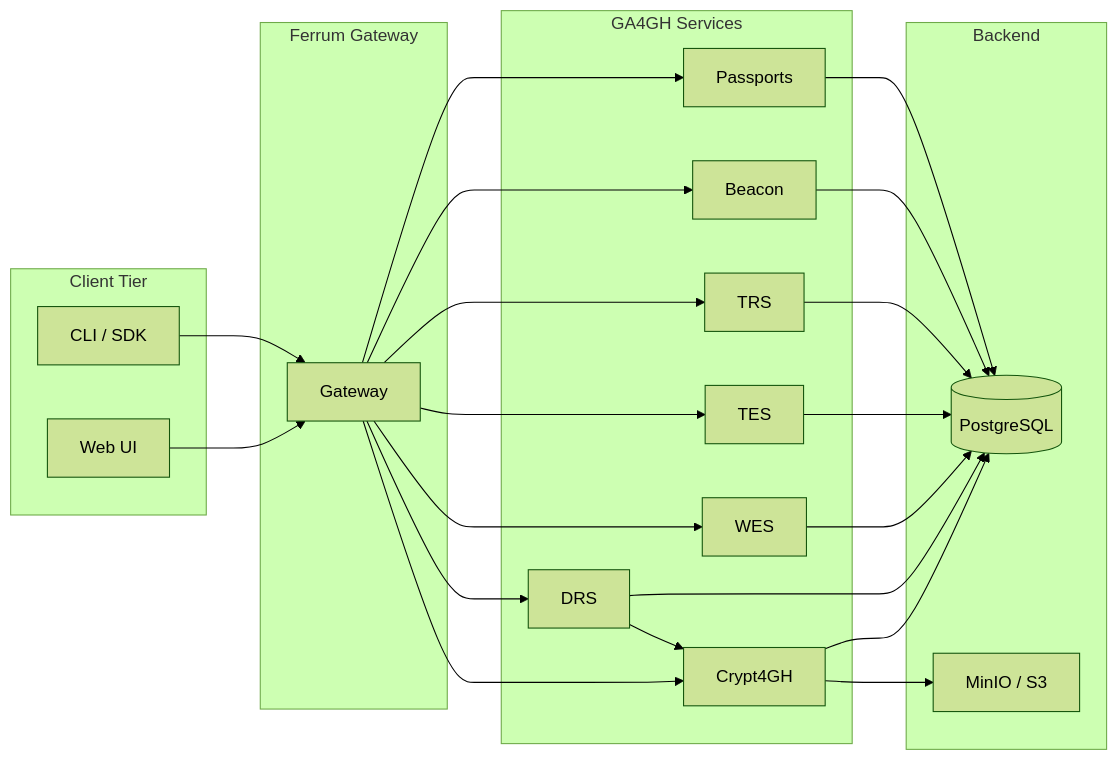
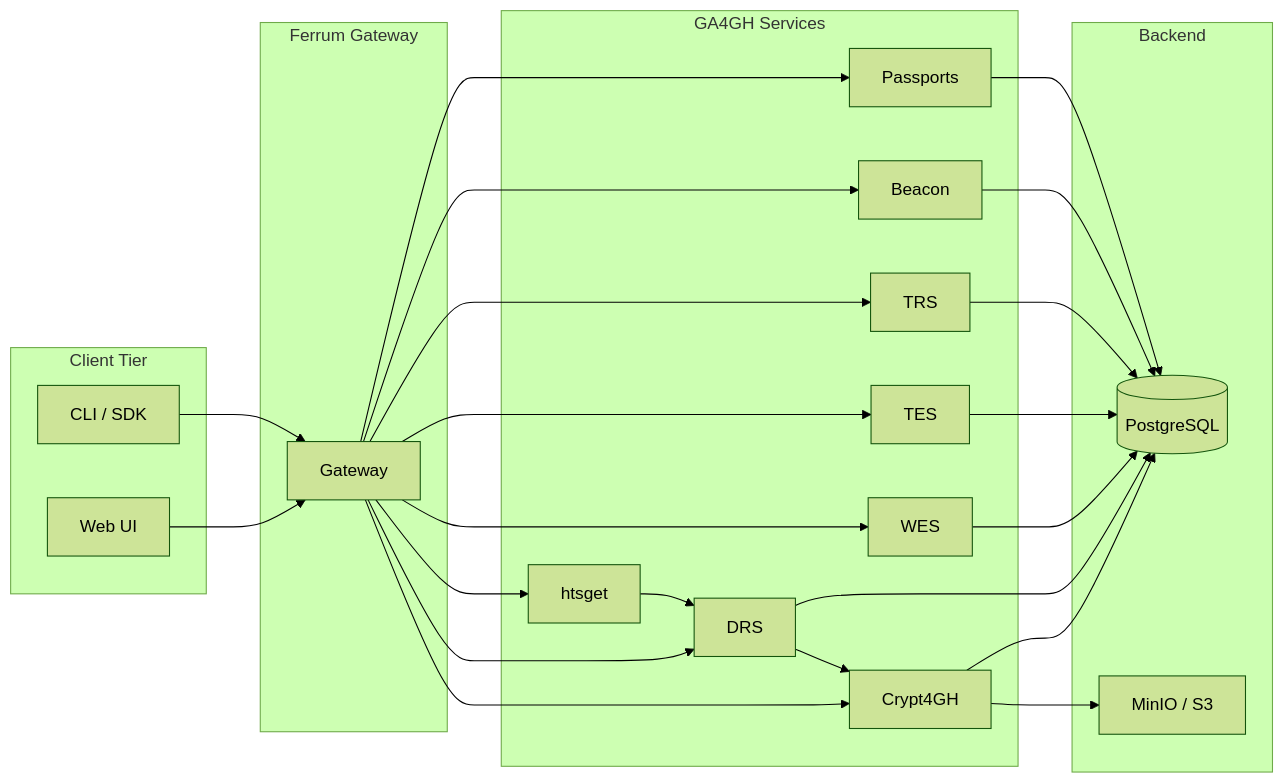
Before and after one commit to SynapticFour/Ferrum: the first of 2 diagrams in README.md, drawn with Mermaid (forest theme). The commit also changed 4 other files, not shown here.

````diff
--- a/README.md
+++ b/README.md
@@ -51,45 +51,48 @@
 ```mermaid
 flowchart LR
   subgraph Client["Client Tier"]
     UI[Web UI]
     CLI[CLI / SDK]
   end
 
   subgraph Gateway["Ferrum Gateway"]
     G[Gateway]
   end
 
   subgraph Services["GA4GH Services"]
     DRS[DRS]
     WES[WES]
     TES[TES]
     TRS[TRS]
     B[Beacon]
     P[Passports]
+    HTSGET[htsget]
     C4[Crypt4GH]
   end
 
   subgraph Backend["Backend"]
     PG[(PostgreSQL)]
     S3[MinIO / S3]
   end
 
   UI --> G
   CLI --> G
   G --> DRS
+  G --> HTSGET
   G --> WES
   G --> TES
   G --> TRS
   G --> B
   G --> P
+  HTSGET --> DRS
   G --> C4
   DRS --> C4
   C4 --> PG
   C4 --> S3
   DRS --> PG
   WES --> PG
   TES --> PG
   TRS --> PG
   B --> PG
   P --> PG
 ```
````
